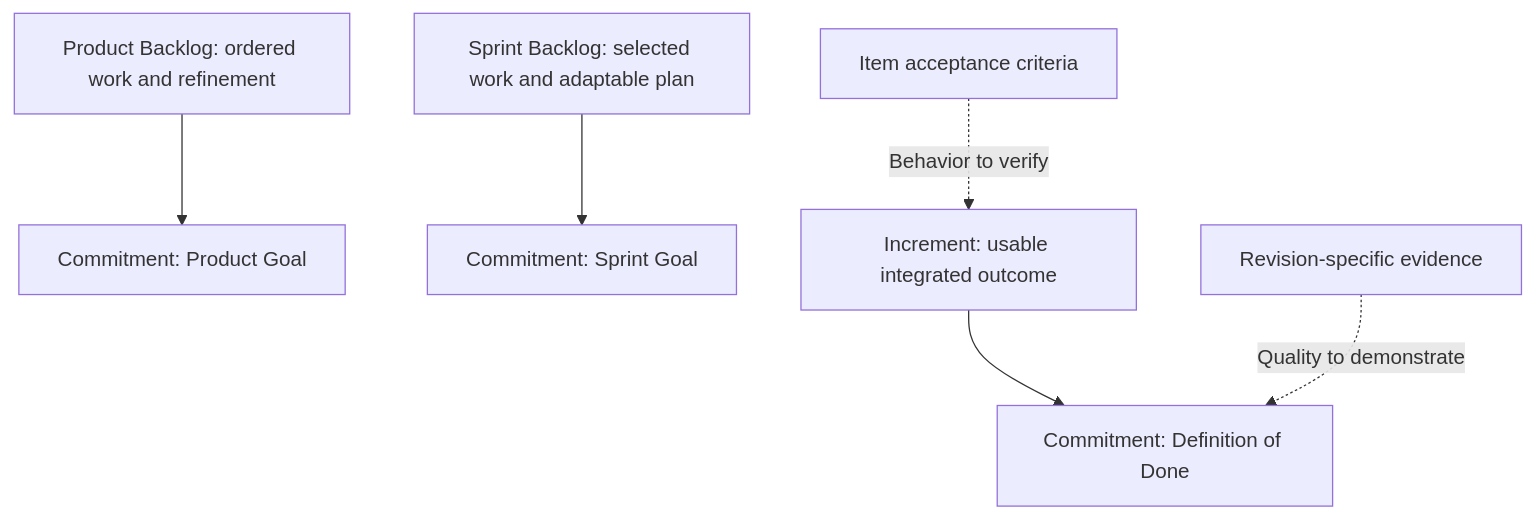
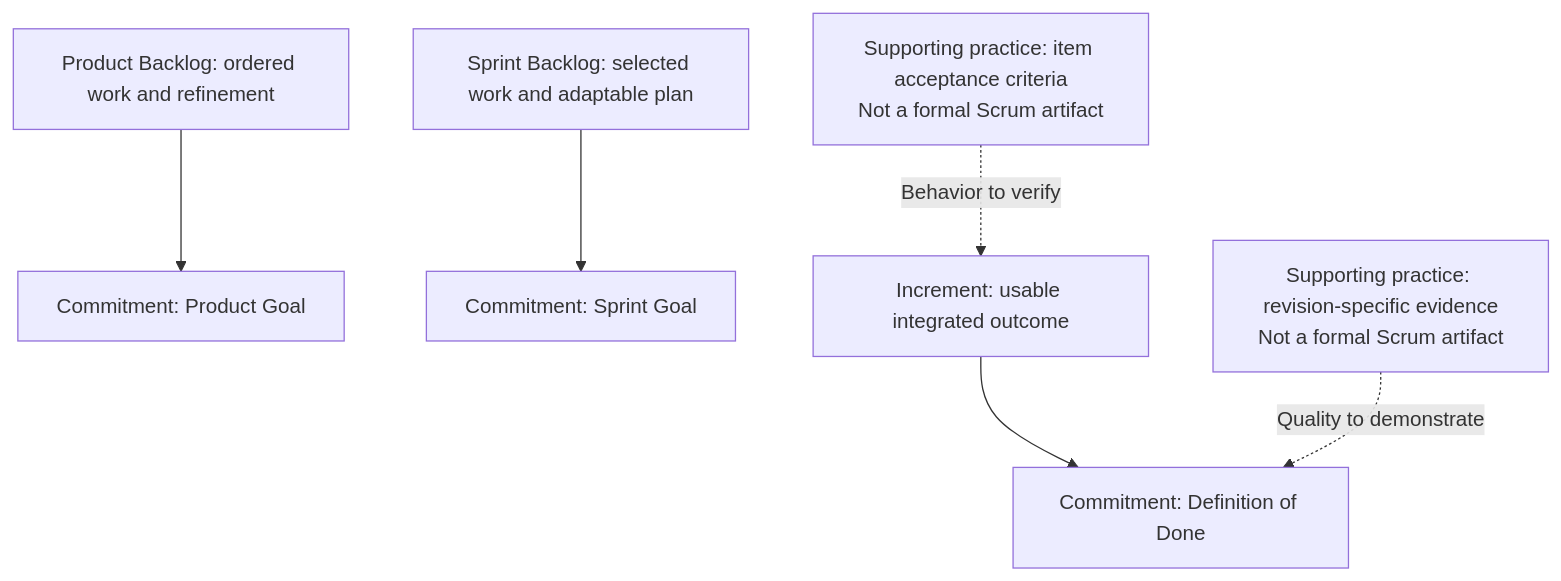
The third of 5 diagrams in README.md (KeuqS/scrum-skill), drawn with Mermaid before and after one commit. The commit also changed other lines of this file and 11 other files, not shown here.

````diff
--- a/README.md
+++ b/README.md
@@ -113,8 +117,8 @@
 ```mermaid
 flowchart TB
   PB["Product Backlog: ordered work and refinement"] --> PG["Commitment: Product Goal"]
   SB["Sprint Backlog: selected work and adaptable plan"] --> SG["Commitment: Sprint Goal"]
   INC["Increment: usable integrated outcome"] --> DOD["Commitment: Definition of Done"]
-  AC["Item acceptance criteria"] -.->|Behavior to verify| INC
-  Evidence["Revision-specific evidence"] -.->|Quality to demonstrate| DOD
+  AC["Supporting practice: item acceptance criteria<br/>Not a formal Scrum artifact"] -.->|Behavior to verify| INC
+  Evidence["Supporting practice: revision-specific evidence<br/>Not a formal Scrum artifact"] -.->|Quality to demonstrate| DOD
 ```
````
